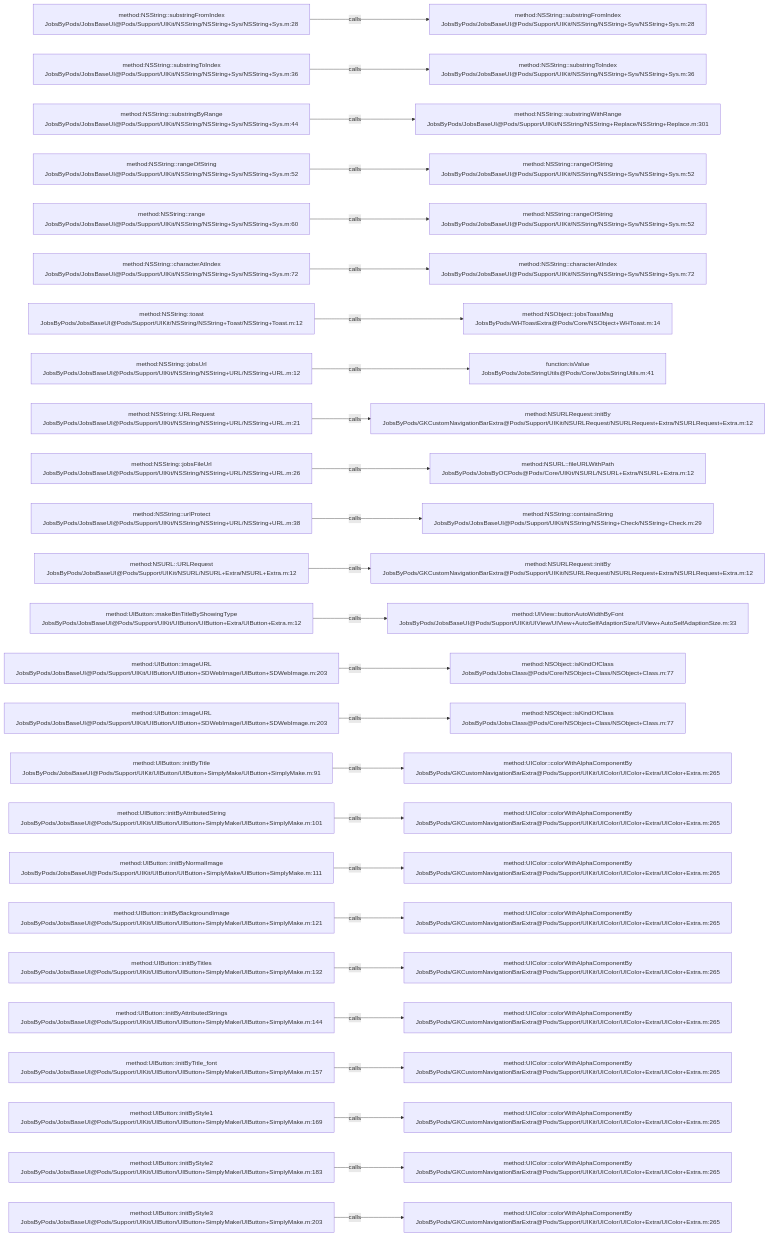
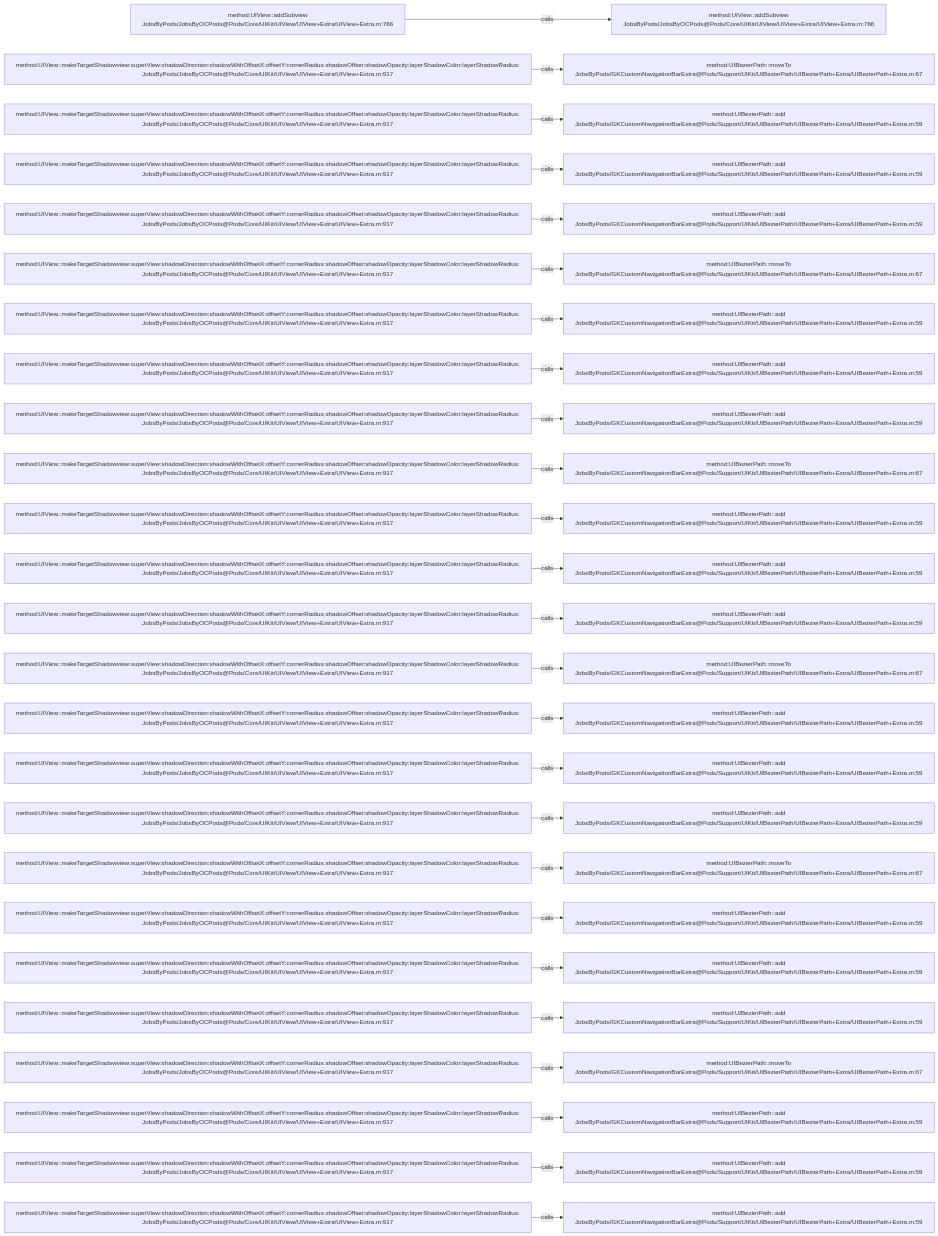
One commit to JobsKits/JobsOCBaseConfigDemo changed the diagram in .codegraph/codegraph.md/graphs/calls-040.md. Above: the diagram before and after it, drawn with Mermaid. The commit also changed 573 other files, not shown here.

````diff
--- a/.codegraph/codegraph.md/graphs/calls-040.md
+++ b/.codegraph/codegraph.md/graphs/calls-040.md
@@ -13,78 +13,78 @@
 ```mermaid
 flowchart LR
-  S1["method:NSString::substringFromIndex<br/>JobsByPods/JobsBaseUI@Pods/Support/UIKit/NSString/NSString+Sys/NSString+Sys.m:28"]
-  T1["method:NSString::substringFromIndex<br/>JobsByPods/JobsBaseUI@Pods/Support/UIKit/NSString/NSString+Sys/NSString+Sys.m:28"]
+  S1["method:UIView::addSubview<br/>JobsByPods/JobsByOCPods@Pods/Core/UIKit/UIView/UIView+Extra/UIView+Extra.m:766"]
+  T1["method:UIView::addSubview<br/>JobsByPods/JobsByOCPods@Pods/Core/UIKit/UIView/UIView+Extra/UIView+Extra.m:766"]
   S1 -->|calls| T1
-  S2["method:NSString::substringToIndex<br/>JobsByPods/JobsBaseUI@Pods/Support/UIKit/NSString/NSString+Sys/NSString+Sys.m:36"]
-  T2["method:NSString::substringToIndex<br/>JobsByPods/JobsBaseUI@Pods/Support/UIKit/NSString/NSString+Sys/NSString+Sys.m:36"]
+  S2["method:UIView::makeTargetShadowview:superView:shadowDirection:shadowWithOffsetX:offsetY:cornerRadius:shadowOffset:shadowOpacity:layerShadowColor:layerShadowRadius:<br/>JobsByPods/JobsByOCPods@Pods/Core/UIKit/UIView/UIView+Extra/UIView+Extra.m:917"]
+  T2["method:UIBezierPath::moveTo<br/>JobsByPods/GKCustomNavigationBarExtra@Pods/Support/UIKit/UIBezierPath/UIBezierPath+Extra/UIBezierPath+Extra.m:67"]
   S2 -->|calls| T2
-  S3["method:NSString::substringByRange<br/>JobsByPods/JobsBaseUI@Pods/Support/UIKit/NSString/NSString+Sys/NSString+Sys.m:44"]
-  T3["method:NSString::substringWithRange<br/>JobsByPods/JobsBaseUI@Pods/Support/UIKit/NSString/NSString+Replace/NSString+Replace.m:301"]
+  S3["method:UIView::makeTargetShadowview:superView:shadowDirection:shadowWithOffsetX:offsetY:cornerRadius:shadowOffset:shadowOpacity:layerShadowColor:layerShadowRadius:<br/>JobsByPods/JobsByOCPods@Pods/Core/UIKit/UIView/UIView+Extra/UIView+Extra.m:917"]
+  T3["method:UIBezierPath::add<br/>JobsByPods/GKCustomNavigationBarExtra@Pods/Support/UIKit/UIBezierPath/UIBezierPath+Extra/UIBezierPath+Extra.m:59"]
   S3 -->|calls| T3
-  S4["method:NSString::rangeOfString<br/>JobsByPods/JobsBaseUI@Pods/Support/UIKit/NSString/NSString+Sys/NSString+Sys.m:52"]
-  T4["method:NSString::rangeOfString<br/>JobsByPods/JobsBaseUI@Pods/Support/UIKit/NSString/NSString+Sys/NSString+Sys.m:52"]
+  S4["method:UIView::makeTargetShadowview:superView:shadowDirection:shadowWithOffsetX:offsetY:cornerRadius:shadowOffset:shadowOpacity:layerShadowColor:layerShadowRadius:<br/>JobsByPods/JobsByOCPods@Pods/Core/UIKit/UIView/UIView+Extra/UIView+Extra.m:917"]
+  T4["method:UIBezierPath::add<br/>JobsByPods/GKCustomNavigationBarExtra@Pods/Support/UIKit/UIBezierPath/UIBezierPath+Extra/UIBezierPath+Extra.m:59"]
   S4 -->|calls| T4
-  S5["method:NSString::range<br/>JobsByPods/JobsBaseUI@Pods/Support/UIKit/NSString/NSString+Sys/NSString+Sys.m:60"]
-  T5["method:NSString::rangeOfString<br/>JobsByPods/JobsBaseUI@Pods/Support/UIKit/NSString/NSString+Sys/NSString+Sys.m:52"]
+  S5["method:UIView::makeTargetShadowview:superView:shadowDirection:shadowWithOffsetX:offsetY:cornerRadius:shadowOffset:shadowOpacity:layerShadowColor:layerShadowRadius:<br/>JobsByPods/JobsByOCPods@Pods/Core/UIKit/UIView/UIView+Extra/UIView+Extra.m:917"]
+  T5["method:UIBezierPath::add<br/>JobsByPods/GKCustomNavigationBarExtra@Pods/Support/UIKit/UIBezierPath/UIBezierPath+Extra/UIBezierPath+Extra.m:59"]
   S5 -->|calls| T5
-  S6["method:NSString::characterAtIndex<br/>JobsByPods/JobsBaseUI@Pods/Support/UIKit/NSString/NSString+Sys/NSString+Sys.m:72"]
-  T6["method:NSString::characterAtIndex<br/>JobsByPods/JobsBaseUI@Pods/Support/UIKit/NSString/NSString+Sys/NSString+Sys.m:72"]
+  S6["method:UIView::makeTargetShadowview:superView:shadowDirection:shadowWithOffsetX:offsetY:cornerRadius:shadowOffset:shadowOpacity:layerShadowColor:layerShadowRadius:<br/>JobsByPods/JobsByOCPods@Pods/Core/UIKit/UIView/UIView+Extra/UIView+Extra.m:917"]
+  T6["method:UIBezierPath::moveTo<br/>JobsByPods/GKCustomNavigationBarExtra@Pods/Support/UIKit/UIBezierPath/UIBezierPath+Extra/UIBezierPath+Extra.m:67"]
   S6 -->|calls| T6
-  S7["method:NSString::toast<br/>JobsByPods/JobsBaseUI@Pods/Support/UIKit/NSString/NSString+Toast/NSString+Toast.m:12"]
-  T7["method:NSObject::jobsToastMsg<br/>JobsByPods/WHToastExtra@Pods/Core/NSObject+WHToast.m:14"]
+  S7["method:UIView::makeTargetShadowview:superView:shadowDirection:shadowWithOffsetX:offsetY:cornerRadius:shadowOffset:shadowOpacity:layerShadowColor:layerShadowRadius:<br/>JobsByPods/JobsByOCPods@Pods/Core/UIKit/UIView/UIView+Extra/UIView+Extra.m:917"]
+  T7["method:UIBezierPath::add<br/>JobsByPods/GKCustomNavigationBarExtra@Pods/Support/UIKit/UIBezierPath/UIBezierPath+Extra/UIBezierPath+Extra.m:59"]
   S7 -->|calls| T7
-  S8["method:NSString::jobsUrl<br/>JobsByPods/JobsBaseUI@Pods/Support/UIKit/NSString/NSString+URL/NSString+URL.m:12"]
-  T8["function:isValue<br/>JobsByPods/JobsStringUtils@Pods/Core/JobsStringUtils.m:41"]
+  S8["method:UIView::makeTargetShadowview:superView:shadowDirection:shadowWithOffsetX:offsetY:cornerRadius:shadowOffset:shadowOpacity:layerShadowColor:layerShadowRadius:<br/>JobsByPods/JobsByOCPods@Pods/Core/UIKit/UIView/UIView+Extra/UIView+Extra.m:917"]
+  T8["method:UIBezierPath::add<br/>JobsByPods/GKCustomNavigationBarExtra@Pods/Support/UIKit/UIBezierPath/UIBezierPath+Extra/UIBezierPath+Extra.m:59"]
   S8 -->|calls| T8
-  S9["method:NSString::URLRequest<br/>JobsByPods/JobsBaseUI@Pods/Support/UIKit/NSString/NSString+URL/NSString+URL.m:21"]
-  T9["method:NSURLRequest::initBy<br/>JobsByPods/GKCustomNavigationBarExtra@Pods/Support/UIKit/NSURLRequest/NSURLRequest+Extra/NSURLRequest+Extra.m:12"]
+  S9["method:UIView::makeTargetShadowview:superView:shadowDirection:shadowWithOffsetX:offsetY:cornerRadius:shadowOffset:shadowOpacity:layerShadowColor:layerShadowRadius:<br/>JobsByPods/JobsByOCPods@Pods/Core/UIKit/UIView/UIView+Extra/UIView+Extra.m:917"]
+  T9["method:UIBezierPath::add<br/>JobsByPods/GKCustomNavigationBarExtra@Pods/Support/UIKit/UIBezierPath/UIBezierPath+Extra/UIBezierPath+Extra.m:59"]
   S9 -->|calls| T9
-  S10["method:NSString::jobsFileUrl<br/>JobsByPods/JobsBaseUI@Pods/Support/UIKit/NSString/NSString+URL/NSString+URL.m:26"]
-  T10["method:NSURL::fileURLWithPath<br/>JobsByPods/JobsByOCPods@Pods/Core/UIKit/NSURL/NSURL+Extra/NSURL+Extra.m:12"]
+  S10["method:UIView::makeTargetShadowview:superView:shadowDirection:shadowWithOffsetX:offsetY:cornerRadius:shadowOffset:shadowOpacity:layerShadowColor:layerShadowRadius:<br/>JobsByPods/JobsByOCPods@Pods/Core/UIKit/UIView/UIView+Extra/UIView+Extra.m:917"]
+  T10["method:UIBezierPath::moveTo<br/>JobsByPods/GKCustomNavigationBarExtra@Pods/Support/UIKit/UIBezierPath/UIBezierPath+Extra/UIBezierPath+Extra.m:67"]
   S10 -->|calls| T10
-  S11["method:NSString::urlProtect<br/>JobsByPods/JobsBaseUI@Pods/Support/UIKit/NSString/NSString+URL/NSString+URL.m:38"]
-  T11["method:NSString::containsString<br/>JobsByPods/JobsBaseUI@Pods/Support/UIKit/NSString/NSString+Check/NSString+Check.m:29"]
+  S11["method:UIView::makeTargetShadowview:superView:shadowDirection:shadowWithOffsetX:offsetY:cornerRadius:shadowOffset:shadowOpacity:layerShadowColor:layerShadowRadius:<br/>JobsByPods/JobsByOCPods@Pods/Core/UIKit/UIView/UIView+Extra/UIView+Extra.m:917"]
+  T11["method:UIBezierPath::add<br/>JobsByPods/GKCustomNavigationBarExtra@Pods/Support/UIKit/UIBezierPath/UIBezierPath+Extra/UIBezierPath+Extra.m:59"]
   S11 -->|calls| T11
-  S12["method:NSURL::URLRequest<br/>JobsByPods/JobsBaseUI@Pods/Support/UIKit/NSURL/NSURL+Extra/NSURL+Extra.m:12"]
-  T12["method:NSURLRequest::initBy<br/>JobsByPods/GKCustomNavigationBarExtra@Pods/Support/UIKit/NSURLRequest/NSURLRequest+Extra/NSURLRequest+Extra.m:12"]
+  S12["method:UIView::makeTargetShadowview:superView:shadowDirection:shadowWithOffsetX:offsetY:cornerRadius:shadowOffset:shadowOpacity:layerShadowColor:layerShadowRadius:<br/>JobsByPods/JobsByOCPods@Pods/Core/UIKit/UIView/UIView+Extra/UIView+Extra.m:917"]
+  T12["method:UIBezierPath::add<br/>JobsByPods/GKCustomNavigationBarExtra@Pods/Support/UIKit/UIBezierPath/UIBezierPath+Extra/UIBezierPath+Extra.m:59"]
   S12 -->|calls| T12
-  S13["method:UIButton::makeBtnTitleByShowingType<br/>JobsByPods/JobsBaseUI@Pods/Support/UIKit/UIButton/UIButton+Extra/UIButton+Extra.m:12"]
-  T13["method:UIView::buttonAutoWidthByFont<br/>JobsByPods/JobsBaseUI@Pods/Support/UIKit/UIView/UIView+AutoSelfAdaptionSize/UIView+AutoSelfAdaptionSize.m:33"]
+  S13["method:UIView::makeTargetShadowview:superView:shadowDirection:shadowWithOffsetX:offsetY:cornerRadius:shadowOffset:shadowOpacity:layerShadowColor:layerShadowRadius:<br/>JobsByPods/JobsByOCPods@Pods/Core/UIKit/UIView/UIView+Extra/UIView+Extra.m:917"]
+  T13["method:UIBezierPath::add<br/>JobsByPods/GKCustomNavigationBarExtra@Pods/Support/UIKit/UIBezierPath/UIBezierPath+Extra/UIBezierPath+Extra.m:59"]
   S13 -->|calls| T13
-  S14["method:UIButton::imageURL<br/>JobsByPods/JobsBaseUI@Pods/Support/UIKit/UIButton/UIButton+SDWebImage/UIButton+SDWebImage.m:203"]
-  T14["method:NSObject::isKindOfClass<br/>JobsByPods/JobsClass@Pods/Core/NSObject+Class/NSObject+Class.m:77"]
+  S14["method:UIView::makeTargetShadowview:superView:shadowDirection:shadowWithOffsetX:offsetY:cornerRadius:shadowOffset:shadowOpacity:layerShadowColor:layerShadowRadius:<br/>JobsByPods/JobsByOCPods@Pods/Core/UIKit/UIView/UIView+Extra/UIView+Extra.m:917"]
+  T14["method:UIBezierPath::moveTo<br/>JobsByPods/GKCustomNavigationBarExtra@Pods/Support/UIKit/UIBezierPath/UIBezierPath+Extra/UIBezierPath+Extra.m:67"]
   S14 -->|calls| T14
-  S15["method:UIButton::imageURL<br/>JobsByPods/JobsBaseUI@Pods/Support/UIKit/UIButton/UIButton+SDWebImage/UIButton+SDWebImage.m:203"]
-  T15["method:NSObject::isKindOfClass<br/>JobsByPods/JobsClass@Pods/Core/NSObject+Class/NSObject+Class.m:77"]
+  S15["method:UIView::makeTargetShadowview:superView:shadowDirection:shadowWithOffsetX:offsetY:cornerRadius:shadowOffset:shadowOpacity:layerShadowColor:layerShadowRadius:<br/>JobsByPods/JobsByOCPods@Pods/Core/UIKit/UIView/UIView+Extra/UIView+Extra.m:917"]
+  T15["method:UIBezierPath::add<br/>JobsByPods/GKCustomNavigationBarExtra@Pods/Support/UIKit/UIBezierPath/UIBezierPath+Extra/UIBezierPath+Extra.m:59"]
   S15 -->|calls| T15
-  S16["method:UIButton::initByTitle<br/>JobsByPods/JobsBaseUI@Pods/Support/UIKit/UIButton/UIButton+SimplyMake/UIButton+SimplyMake.m:91"]
-  T16["method:UIColor::colorWithAlphaComponentBy<br/>JobsByPods/GKCustomNavigationBarExtra@Pods/Support/UIKit/UIColor/UIColor+Extra/UIColor+Extra.m:265"]
+  S16["method:UIView::makeTargetShadowview:superView:shadowDirection:shadowWithOffsetX:offsetY:cornerRadius:shadowOffset:shadowOpacity:layerShadowColor:layerShadowRadius:<br/>JobsByPods/JobsByOCPods@Pods/Core/UIKit/UIView/UIView+Extra/UIView+Extra.m:917"]
+  T16["method:UIBezierPath::add<br/>JobsByPods/GKCustomNavigationBarExtra@Pods/Support/UIKit/UIBezierPath/UIBezierPath+Extra/UIBezierPath+Extra.m:59"]
   S16 -->|calls| T16
-  S17["method:UIButton::initByAttributedString<br/>JobsByPods/JobsBaseUI@Pods/Support/UIKit/UIButton/UIButton+SimplyMake/UIButton+SimplyMake.m:101"]
-  T17["method:UIColor::colorWithAlphaComponentBy<br/>JobsByPods/GKCustomNavigationBarExtra@Pods/Support/UIKit/UIColor/UIColor+Extra/UIColor+Extra.m:265"]
+  S17["method:UIView::makeTargetShadowview:superView:shadowDirection:shadowWithOffsetX:offsetY:cornerRadius:shadowOffset:shadowOpacity:layerShadowColor:layerShadowRadius:<br/>JobsByPods/JobsByOCPods@Pods/Core/UIKit/UIView/UIView+Extra/UIView+Extra.m:917"]
+  T17["method:UIBezierPath::add<br/>JobsByPods/GKCustomNavigationBarExtra@Pods/Support/UIKit/UIBezierPath/UIBezierPath+Extra/UIBezierPath+Extra.m:59"]
   S17 -->|calls| T17
-  S18["method:UIButton::initByNormalImage<br/>JobsByPods/JobsBaseUI@Pods/Support/UIKit/UIButton/UIButton+SimplyMake/UIButton+SimplyMake.m:111"]
-  T18["method:UIColor::colorWithAlphaComponentBy<br/>JobsByPods/GKCustomNavigationBarExtra@Pods/Support/UIKit/UIColor/UIColor+Extra/UIColor+Extra.m:265"]
+  S18["method:UIView::makeTargetShadowview:superView:shadowDirection:shadowWithOffsetX:offsetY:cornerRadius:shadowOffset:shadowOpacity:layerShadowColor:layerShadowRadius:<br/>JobsByPods/JobsByOCPods@Pods/Core/UIKit/UIView/UIView+Extra/UIView+Extra.m:917"]
+  T18["method:UIBezierPath::moveTo<br/>JobsByPods/GKCustomNavigationBarExtra@Pods/Support/UIKit/UIBezierPath/UIBezierPath+Extra/UIBezierPath+Extra.m:67"]
   S18 -->|calls| T18
-  S19["method:UIButton::initByBackgroundImage<br/>JobsByPods/JobsBaseUI@Pods/Support/UIKit/UIButton/UIButton+SimplyMake/UIButton+SimplyMake.m:121"]
-  T19["method:UIColor::colorWithAlphaComponentBy<br/>JobsByPods/GKCustomNavigationBarExtra@Pods/Support/UIKit/UIColor/UIColor+Extra/UIColor+Extra.m:265"]
+  S19["method:UIView::makeTargetShadowview:superView:shadowDirection:shadowWithOffsetX:offsetY:cornerRadius:shadowOffset:shadowOpacity:layerShadowColor:layerShadowRadius:<br/>JobsByPods/JobsByOCPods@Pods/Core/UIKit/UIView/UIView+Extra/UIView+Extra.m:917"]
+  T19["method:UIBezierPath::add<br/>JobsByPods/GKCustomNavigationBarExtra@Pods/Support/UIKit/UIBezierPath/UIBezierPath+Extra/UIBezierPath+Extra.m:59"]
   S19 -->|calls| T19
-  S20["method:UIButton::initByTitles<br/>JobsByPods/JobsBaseUI@Pods/Support/UIKit/UIButton/UIButton+SimplyMake/UIButton+SimplyMake.m:132"]
-  T20["method:UIColor::colorWithAlphaComponentBy<br/>JobsByPods/GKCustomNavigationBarExtra@Pods/Support/UIKit/UIColor/UIColor+Extra/UIColor+Extra.m:265"]
+  S20["method:UIView::makeTargetShadowview:superView:shadowDirection:shadowWithOffsetX:offsetY:cornerRadius:shadowOffset:shadowOpacity:layerShadowColor:layerShadowRadius:<br/>JobsByPods/JobsByOCPods@Pods/Core/UIKit/UIView/UIView+Extra/UIView+Extra.m:917"]
+  T20["method:UIBezierPath::add<br/>JobsByPods/GKCustomNavigationBarExtra@Pods/Support/UIKit/UIBezierPath/UIBezierPath+Extra/UIBezierPath+Extra.m:59"]
   S20 -->|calls| T20
-  S21["method:UIButton::initByAttributedStrings<br/>JobsByPods/JobsBaseUI@Pods/Support/UIKit/UIButton/UIButton+SimplyMake/UIButton+SimplyMake.m:144"]
-  T21["method:UIColor::colorWithAlphaComponentBy<br/>JobsByPods/GKCustomNavigationBarExtra@Pods/Support/UIKit/UIColor/UIColor+Extra/UIColor+Extra.m:265"]
+  S21["method:UIView::makeTargetShadowview:superView:shadowDirection:shadowWithOffsetX:offsetY:cornerRadius:shadowOffset:shadowOpacity:layerShadowColor:layerShadowRadius:<br/>JobsByPods/JobsByOCPods@Pods/Core/UIKit/UIView/UIView+Extra/UIView+Extra.m:917"]
+  T21["method:UIBezierPath::add<br/>JobsByPods/GKCustomNavigationBarExtra@Pods/Support/UIKit/UIBezierPath/UIBezierPath+Extra/UIBezierPath+Extra.m:59"]
   S21 -->|calls| T21
-  S22["method:UIButton::initByTitle_font<br/>JobsByPods/JobsBaseUI@Pods/Support/UIKit/UIButton/UIButton+SimplyMake/UIButton+SimplyMake.m:157"]
-  T22["method:UIColor::colorWithAlphaComponentBy<br/>JobsByPods/GKCustomNavigationBarExtra@Pods/Support/UIKit/UIColor/UIColor+Extra/UIColor+Extra.m:265"]
+  S22["method:UIView::makeTargetShadowview:superView:shadowDirection:shadowWithOffsetX:offsetY:cornerRadius:shadowOffset:shadowOpacity:layerShadowColor:layerShadowRadius:<br/>JobsByPods/JobsByOCPods@Pods/Core/UIKit/UIView/UIView+Extra/UIView+Extra.m:917"]
+  T22["method:UIBezierPath::moveTo<br/>JobsByPods/GKCustomNavigationBarExtra@Pods/Support/UIKit/UIBezierPath/UIBezierPath+Extra/UIBezierPath+Extra.m:67"]
   S22 -->|calls| T22
-  S23["method:UIButton::initByStyle1<br/>JobsByPods/JobsBaseUI@Pods/Support/UIKit/UIButton/UIButton+SimplyMake/UIButton+SimplyMake.m:169"]
-  T23["method:UIColor::colorWithAlphaComponentBy<br/>JobsByPods/GKCustomNavigationBarExtra@Pods/Support/UIKit/UIColor/UIColor+Extra/UIColor+Extra.m:265"]
+  S23["method:UIView::makeTargetShadowview:superView:shadowDirection:shadowWithOffsetX:offsetY:cornerRadius:shadowOffset:shadowOpacity:layerShadowColor:layerShadowRadius:<br/>JobsByPods/JobsByOCPods@Pods/Core/UIKit/UIView/UIView+Extra/UIView+Extra.m:917"]
+  T23["method:UIBezierPath::add<br/>JobsByPods/GKCustomNavigationBarExtra@Pods/Support/UIKit/UIBezierPath/UIBezierPath+Extra/UIBezierPath+Extra.m:59"]
   S23 -->|calls| T23
-  S24["method:UIButton::initByStyle2<br/>JobsByPods/JobsBaseUI@Pods/Support/UIKit/UIButton/UIButton+SimplyMake/UIButton+SimplyMake.m:183"]
-  T24["method:UIColor::colorWithAlphaComponentBy<br/>JobsByPods/GKCustomNavigationBarExtra@Pods/Support/UIKit/UIColor/UIColor+Extra/UIColor+Extra.m:265"]
+  S24["method:UIView::makeTargetShadowview:superView:shadowDirection:shadowWithOffsetX:offsetY:cornerRadius:shadowOffset:shadowOpacity:layerShadowColor:layerShadowRadius:<br/>JobsByPods/JobsByOCPods@Pods/Core/UIKit/UIView/UIView+Extra/UIView+Extra.m:917"]
+  T24["method:UIBezierPath::add<br/>JobsByPods/GKCustomNavigationBarExtra@Pods/Support/UIKit/UIBezierPath/UIBezierPath+Extra/UIBezierPath+Extra.m:59"]
   S24 -->|calls| T24
-  S25["method:UIButton::initByStyle3<br/>JobsByPods/JobsBaseUI@Pods/Support/UIKit/UIButton/UIButton+SimplyMake/UIButton+SimplyMake.m:203"]
-  T25["method:UIColor::colorWithAlphaComponentBy<br/>JobsByPods/GKCustomNavigationBarExtra@Pods/Support/UIKit/UIColor/UIColor+Extra/UIColor+Extra.m:265"]
+  S25["method:UIView::makeTargetShadowview:superView:shadowDirection:shadowWithOffsetX:offsetY:cornerRadius:shadowOffset:shadowOpacity:layerShadowColor:layerShadowRadius:<br/>JobsByPods/JobsByOCPods@Pods/Core/UIKit/UIView/UIView+Extra/UIView+Extra.m:917"]
+  T25["method:UIBezierPath::add<br/>JobsByPods/GKCustomNavigationBarExtra@Pods/Support/UIKit/UIBezierPath/UIBezierPath+Extra/UIBezierPath+Extra.m:59"]
   S25 -->|calls| T25
 ```
````
